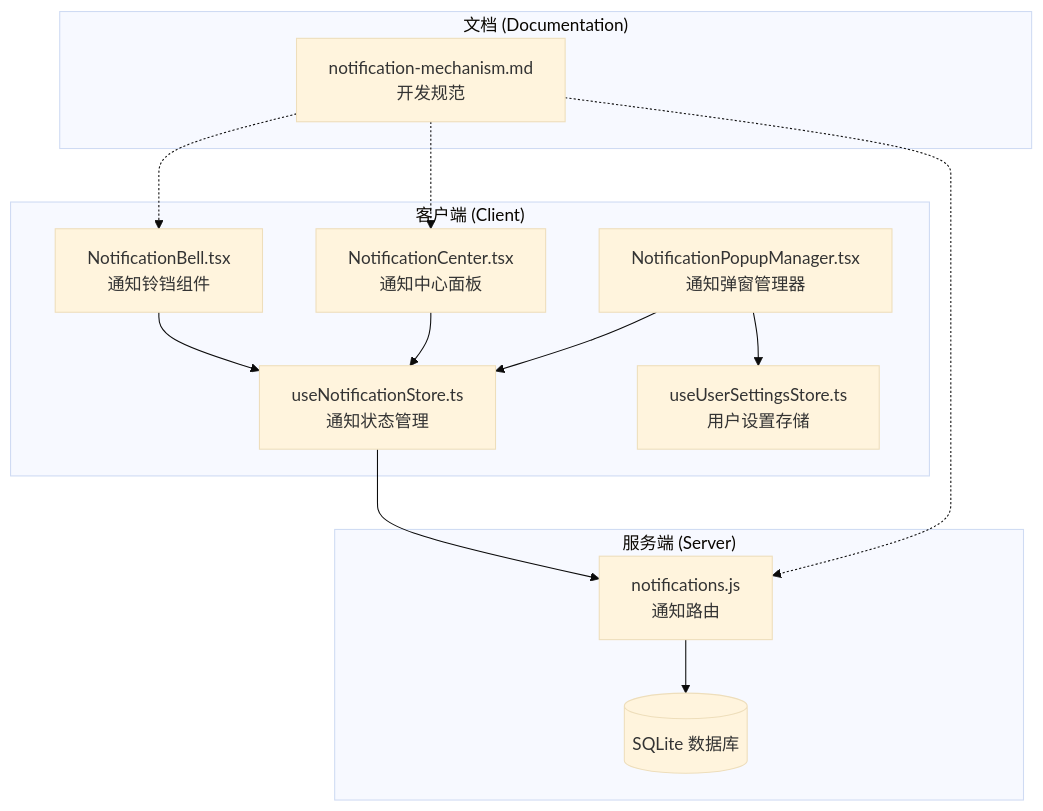
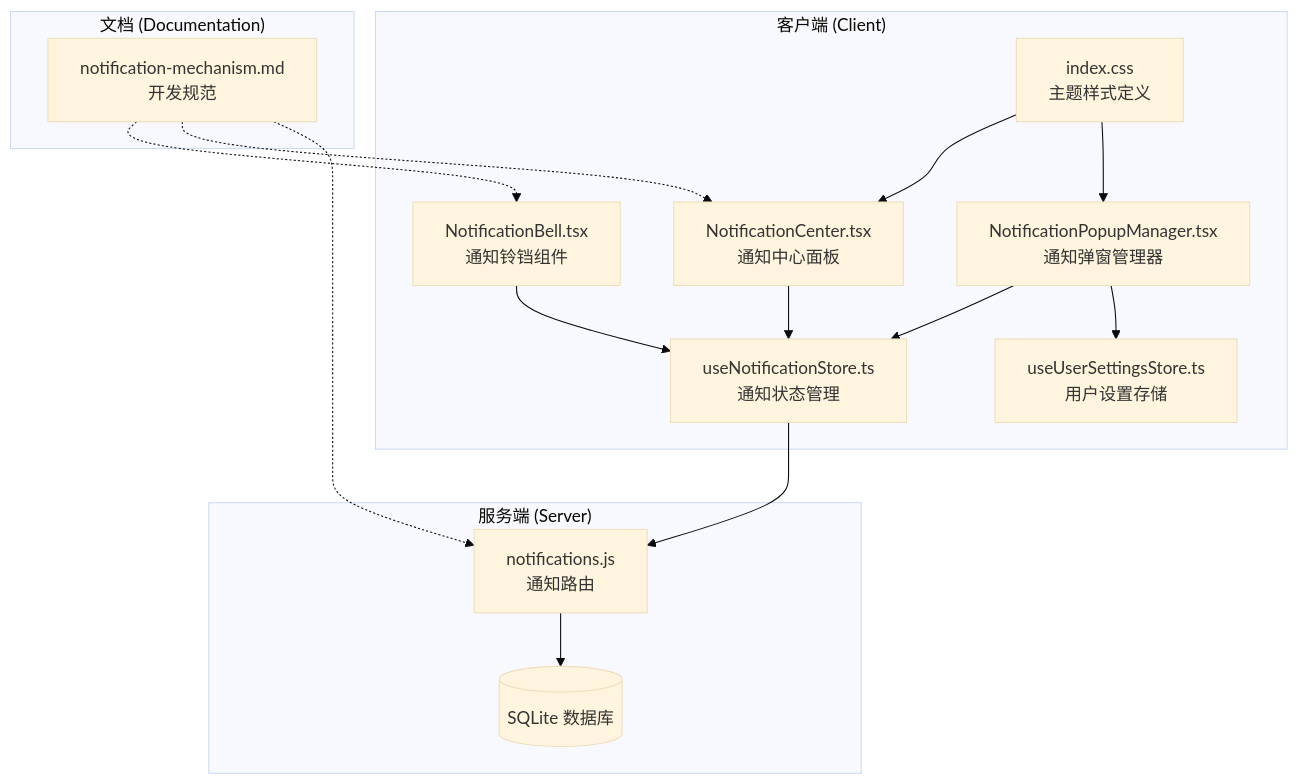
One commit to CubeEdge/Longhorn changed the first of 7 diagrams in .qoder/repowiki/zh/content/Notification Mechanism.md. Above: the diagram before and after it, drawn with Mermaid (base theme). The commit also changed other lines of this file and 118 other files, not shown here.

````diff
--- a/.qoder/repowiki/zh/content/Notification Mechanism.md
+++ b/.qoder/repowiki/zh/content/Notification Mechanism.md
@@ -38,26 +46,29 @@
 ```mermaid
 graph TB
 subgraph "客户端 (Client)"
 NB[NotificationBell.tsx<br/>通知铃铛组件]
 NC[NotificationCenter.tsx<br/>通知中心面板]
 NPM[NotificationPopupManager.tsx<br/>通知弹窗管理器]
 NS[useNotificationStore.ts<br/>通知状态管理]
 US[useUserSettingsStore.ts<br/>用户设置存储]
+CSS[index.css<br/>主题样式定义]
 end
 subgraph "服务端 (Server)"
 NR[notifications.js<br/>通知路由]
 DB[(SQLite 数据库)]
 end
 subgraph "文档 (Documentation)"
 DM[notification-mechanism.md<br/>开发规范]
 end
 NB --> NS
 NC --> NS
 NPM --> NS
 NPM --> US
 NS --> NR
 NR --> DB
 DM -.-> NB
 DM -.-> NC
 DM -.-> NR
+CSS --> NC
+CSS --> NPM
 ```
````
